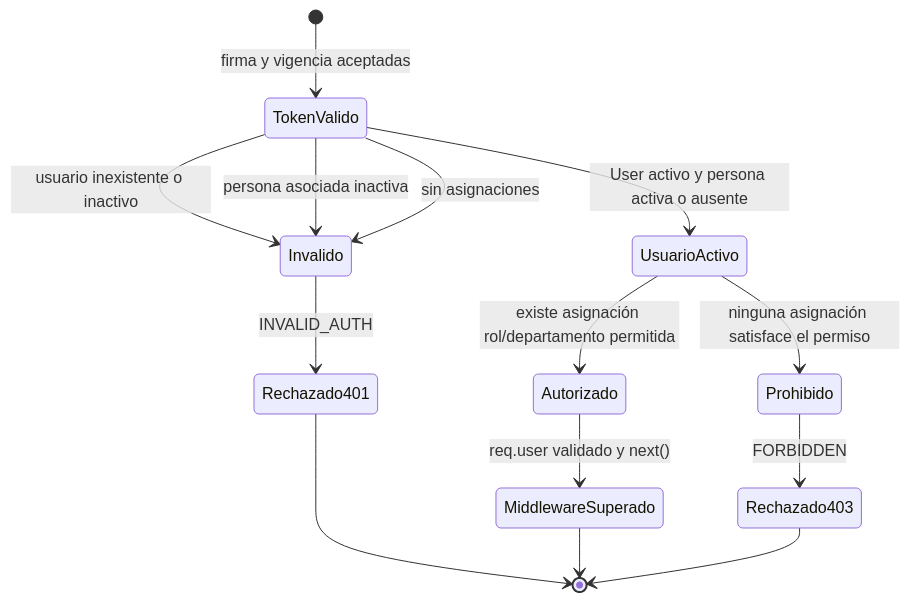
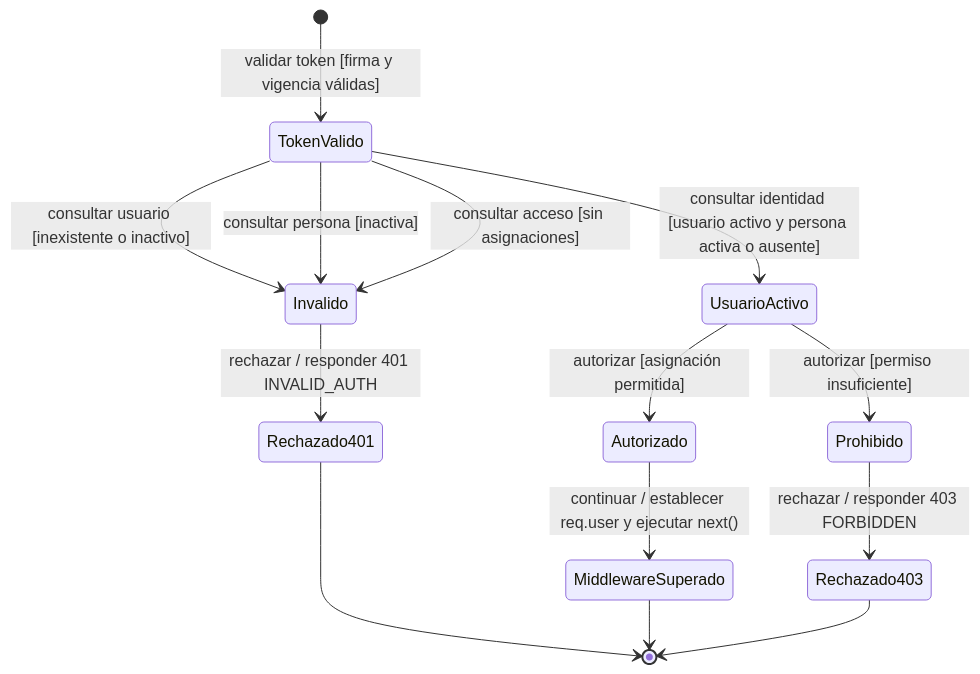
One commit to gpgsistemas01/nexus changed the sixth of 7 diagrams in docs/architecture/views/development/backend-technical-documentation/02-views-technical-applied.md. Above: the diagram before and after it, drawn with Mermaid. The commit also changed other lines of this file and 198 other files, not shown here.

Commit message:
docs: mejorar notación UML y distribución de diagramas Mermaid

````diff
--- a/docs/architecture/views/development/backend-technical-documentation/02-views-technical-applied.md
+++ b/docs/architecture/views/development/backend-technical-documentation/02-views-technical-applied.md
@@ -150,16 +151,16 @@
 ```mermaid
 stateDiagram-v2
-    [*] --> TokenValido: firma y vigencia aceptadas
-    TokenValido --> Invalido: usuario inexistente o inactivo
-    TokenValido --> Invalido: persona asociada inactiva
-    TokenValido --> Invalido: sin asignaciones
-    TokenValido --> UsuarioActivo: User activo y persona activa o ausente
-    UsuarioActivo --> Autorizado: existe asignación rol/departamento permitida
-    UsuarioActivo --> Prohibido: ninguna asignación satisface el permiso
-    Autorizado --> MiddlewareSuperado: req.user validado y next()
-    Invalido --> Rechazado401: INVALID_AUTH
-    Prohibido --> Rechazado403: FORBIDDEN
+    [*] --> TokenValido: validar token [firma y vigencia válidas]
+    TokenValido --> Invalido: consultar usuario [inexistente o inactivo]
+    TokenValido --> Invalido: consultar persona [inactiva]
+    TokenValido --> Invalido: consultar acceso [sin asignaciones]
+    TokenValido --> UsuarioActivo: consultar identidad [usuario activo y persona activa o ausente]
+    UsuarioActivo --> Autorizado: autorizar [asignación permitida]
+    UsuarioActivo --> Prohibido: autorizar [permiso insuficiente]
+    Autorizado --> MiddlewareSuperado: continuar / establecer req.user y ejecutar next()
+    Invalido --> Rechazado401: rechazar / responder 401 INVALID_AUTH
+    Prohibido --> Rechazado403: rechazar / responder 403 FORBIDDEN
     MiddlewareSuperado --> [*]
     Rechazado401 --> [*]
     Rechazado403 --> [*]
 ```
````
